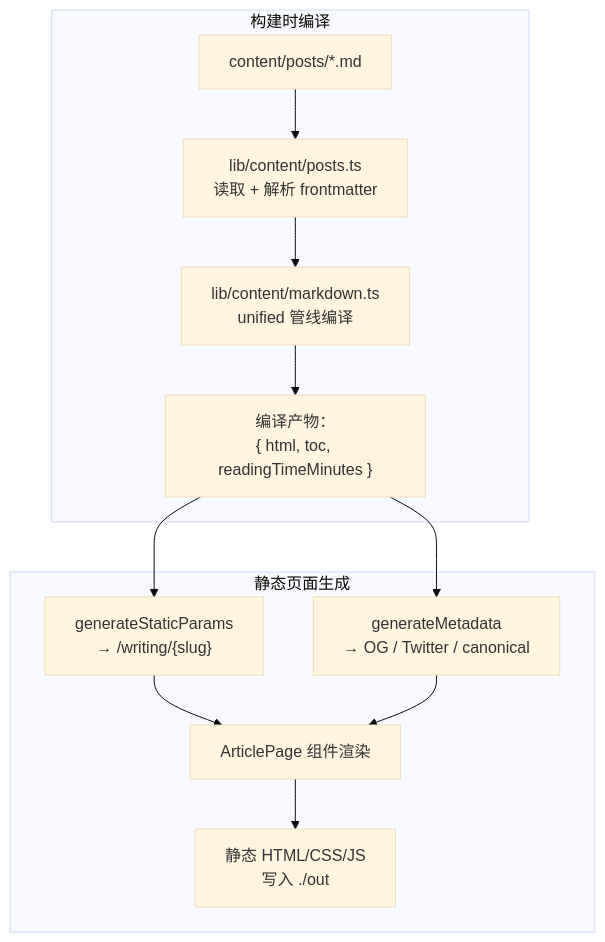
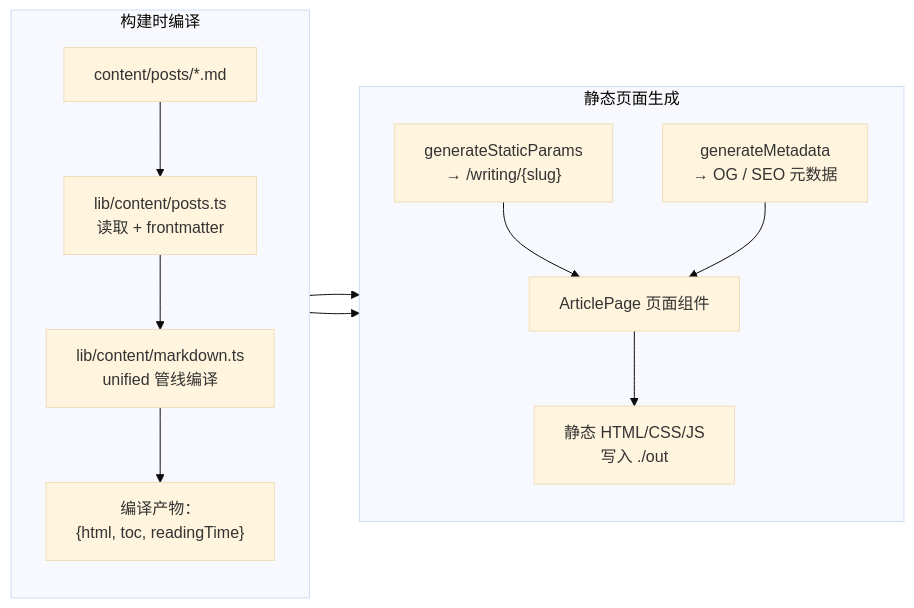
One commit to MoreConsequence/MoreConsequence.github.io changed the fourth of 7 diagrams in content/posts/distributed-systems/inside-my-markdown-blog-architecture.md. Above: the diagram before and after it, drawn with Mermaid (base theme). The commit also changed other lines of this file and 835 other files, not shown here.

First line of the commit message:
feat(blog): 全站33篇新增深度专栏与博文全量审核上线及矢量图表优化

````diff
--- a/content/posts/distributed-systems/inside-my-markdown-blog-architecture.md
+++ b/content/posts/distributed-systems/inside-my-markdown-blog-architecture.md
@@ -255,16 +253,18 @@
 ```mermaid
-graph TD
+flowchart LR
     subgraph Compile["构建时编译"]
-        A["content/posts/*.md"] --> B["lib/content/posts.ts<br/>读取 + 解析 frontmatter"]
+        direction TB
+        A["content/posts/*.md"] --> B["lib/content/posts.ts<br/>读取 + frontmatter"]
         B --> C["lib/content/markdown.ts<br/>unified 管线编译"]
-        C --> D["编译产物：<br/>{ html, toc, readingTimeMinutes }"]
+        C --> D["编译产物：<br/>{html, toc, readingTime}"]
     end
 
     subgraph SSG["静态页面生成"]
+        direction TB
         D --> E["generateStaticParams<br/>→ /writing/{slug}"]
-        D --> F["generateMetadata<br/>→ OG / Twitter / canonical"]
-        E --> G["ArticlePage 组件渲染"]
+        D --> F["generateMetadata<br/>→ OG / SEO 元数据"]
+        E --> G["ArticlePage 页面组件"]
         F --> G
         G --> H["静态 HTML/CSS/JS<br/>写入 ./out"]
     end
 ```
````
